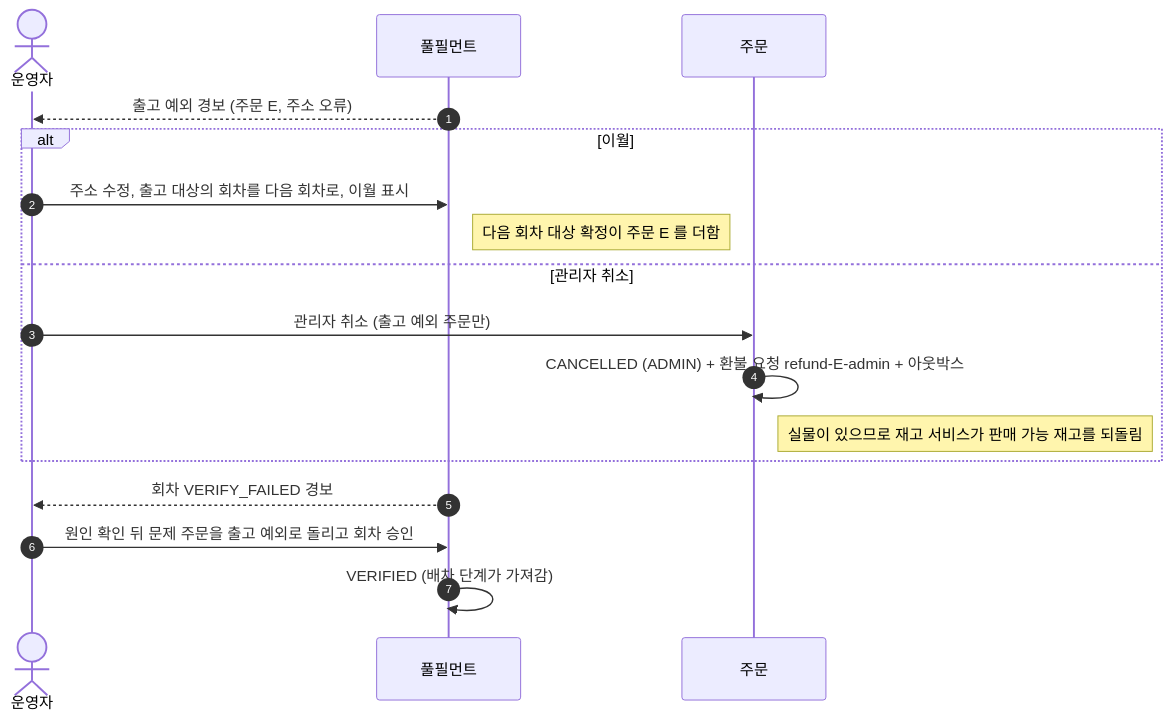
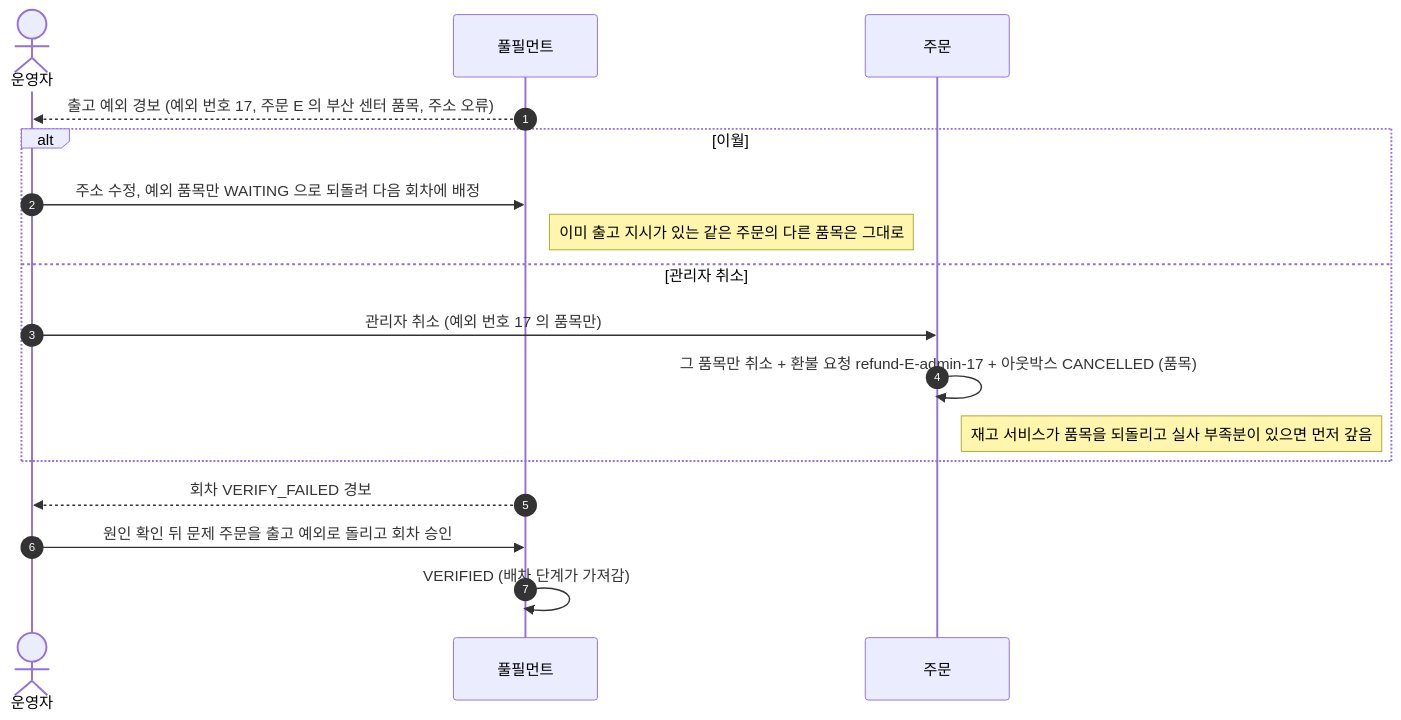
One commit to Bamdule/dawn-delivery-commerce changed the sixth of 6 diagrams in docs/sequence/05-출고-배치.md. Above: the diagram before and after it, drawn with Mermaid. The commit also changed other lines of this file and 16 other files, not shown here.

````diff
--- a/docs/sequence/05-출고-배치.md
+++ b/docs/sequence/05-출고-배치.md
@@ -162,21 +162,21 @@
 ```mermaid
 sequenceDiagram
     autonumber
     actor 운영자
     participant 풀필먼트
     participant 주문
 
-    풀필먼트-->>운영자: 출고 예외 경보 (주문 E, 주소 오류)
+    풀필먼트-->>운영자: 출고 예외 경보 (예외 번호 17, 주문 E 의 부산 센터 품목, 주소 오류)
     alt 이월
-        운영자->>풀필먼트: 주소 수정, 출고 대상의 회차를 다음 회차로, 이월 표시
-        Note right of 풀필먼트: 다음 회차 대상 확정이 주문 E 를 더함
+        운영자->>풀필먼트: 주소 수정, 예외 품목만 WAITING 으로 되돌려 다음 회차에 배정
+        Note right of 풀필먼트: 이미 출고 지시가 있는 같은 주문의 다른 품목은 그대로
     else 관리자 취소
-        운영자->>주문: 관리자 취소 (출고 예외 주문만)
-        주문->>주문: CANCELLED (ADMIN) + 환불 요청 refund-E-admin + 아웃박스
-        Note right of 주문: 실물이 있으므로 재고 서비스가 판매 가능 재고를 되돌림
+        운영자->>주문: 관리자 취소 (예외 번호 17 의 품목만)
+        주문->>주문: 그 품목만 취소 + 환불 요청 refund-E-admin-17 + 아웃박스 CANCELLED (품목)
+        Note right of 주문: 재고 서비스가 품목을 되돌리고 실사 부족분이 있으면 먼저 갚음
     end
 
     풀필먼트-->>운영자: 회차 VERIFY_FAILED 경보
     운영자->>풀필먼트: 원인 확인 뒤 문제 주문을 출고 예외로 돌리고 회차 승인
     풀필먼트->>풀필먼트: VERIFIED (배차 단계가 가져감)
 ```
````
